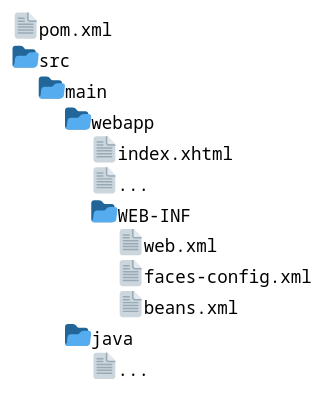
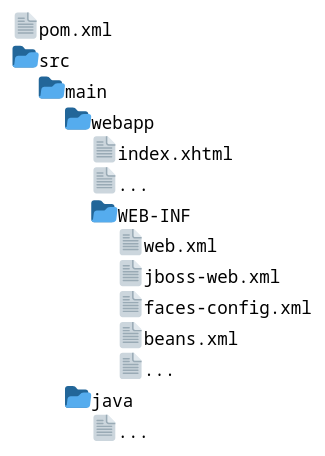
One commit to e-Contract/enterprise-jsf changed the diagram in doc/helloworld-structure.puml. Above: the diagram before and after it, drawn with PlantUML. The commit also changed 8 other files, not shown here.

Commit message:
doc: jboss-web.xml

```diff
--- a/doc/helloworld-structure.puml
+++ b/doc/helloworld-structure.puml
@@ -1,16 +1,18 @@
 @startfiles
 
 ' Enterprise JSF project.
 '
 ' Copyright 2024 e-Contract.be BV. All rights reserved.
 ' e-Contract.be BV proprietary/confidential. Use is subject to license terms.
 
 /pom.xml
 /src/main/webapp/index.xhtml
 /src/main/webapp/...
 /src/main/webapp/WEB-INF/web.xml
+/src/main/webapp/WEB-INF/jboss-web.xml
 /src/main/webapp/WEB-INF/faces-config.xml
 /src/main/webapp/WEB-INF/beans.xml
+/src/main/webapp/WEB-INF/...
 /src/main/java/...
 
 @endfiles
```
